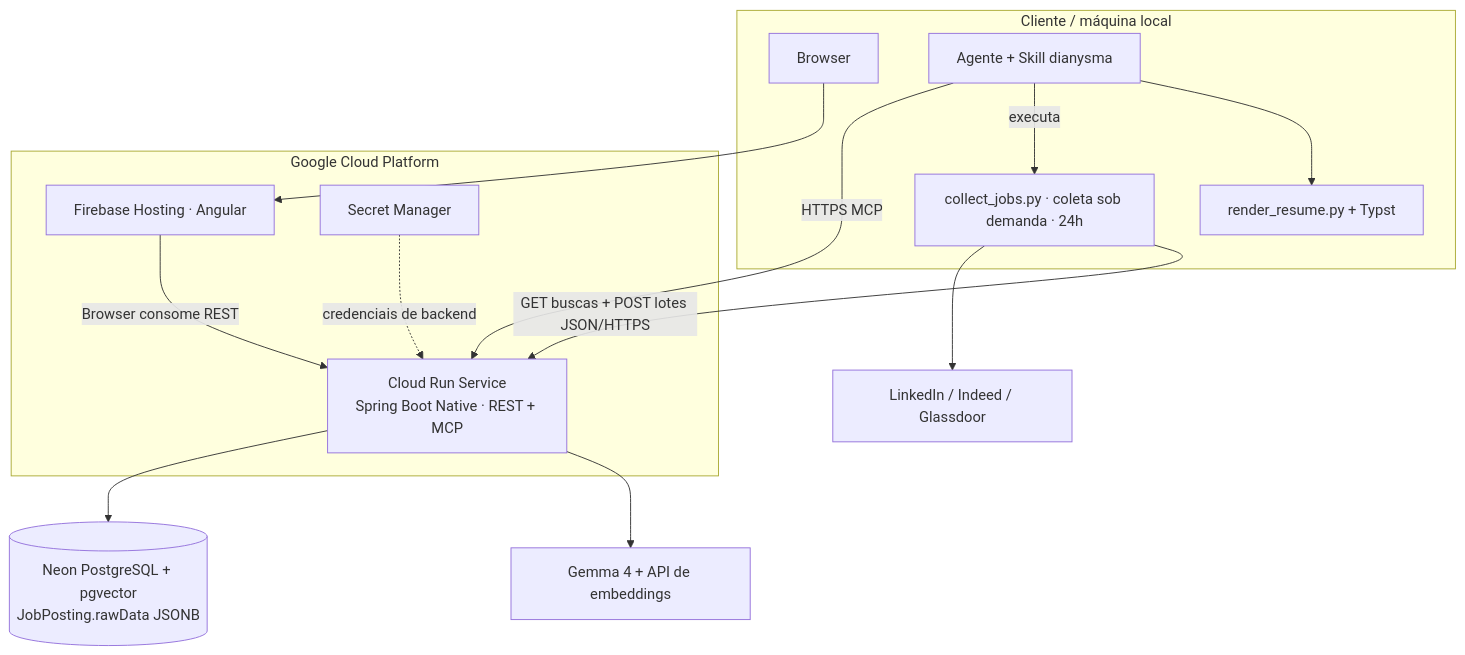
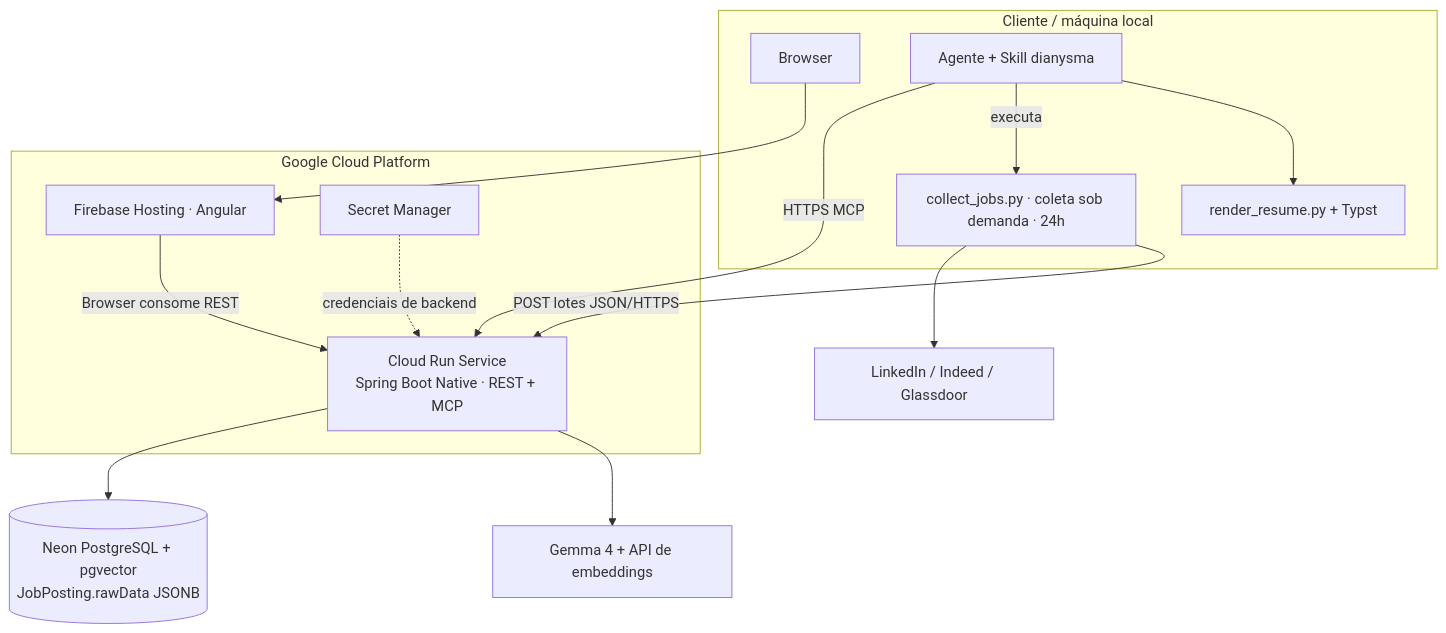
Before and after one commit to wskr00/dianysma: the fifth of 5 diagrams in docs/architecture-overview.md, drawn with Mermaid. The commit also changed other lines of this file and 14 other files, not shown here.

````diff
--- a/docs/architecture-overview.md
+++ b/docs/architecture-overview.md
@@ -295,30 +256,30 @@
 ```mermaid
 flowchart TB
     subgraph USER["Cliente / máquina local"]
         BROWSER["Browser"]
         AGENT["Agente + Skill dianysma"]
         COLLECT["collect_jobs.py · coleta sob demanda · 24h"]
         PDF["render_resume.py + Typst"]
     end
 
     subgraph GCP["Google Cloud Platform"]
         HOST["Firebase Hosting · Angular"]
         SERVICE["Cloud Run Service\nSpring Boot Native · REST + MCP"]
         SECRET["Secret Manager"]
     end
 
     POSTGRES[("Neon PostgreSQL + pgvector\nJobPosting.rawData JSONB")]
     AI["Gemma 4 + API de embeddings"]
     BOARDS["LinkedIn / Indeed / Glassdoor"]
 
     BROWSER --> HOST
     HOST -->|"Browser consome REST"| SERVICE
     AGENT -->|"HTTPS MCP"| SERVICE
     AGENT -->|"executa"| COLLECT
     AGENT --> PDF
     COLLECT --> BOARDS
-    COLLECT -->|"GET buscas + POST lotes JSON/HTTPS"| SERVICE
+    COLLECT -->|"POST lotes JSON/HTTPS"| SERVICE
     SERVICE --> POSTGRES
     SERVICE --> AI
     SECRET -. "credenciais de backend" .-> SERVICE
 ```
````
